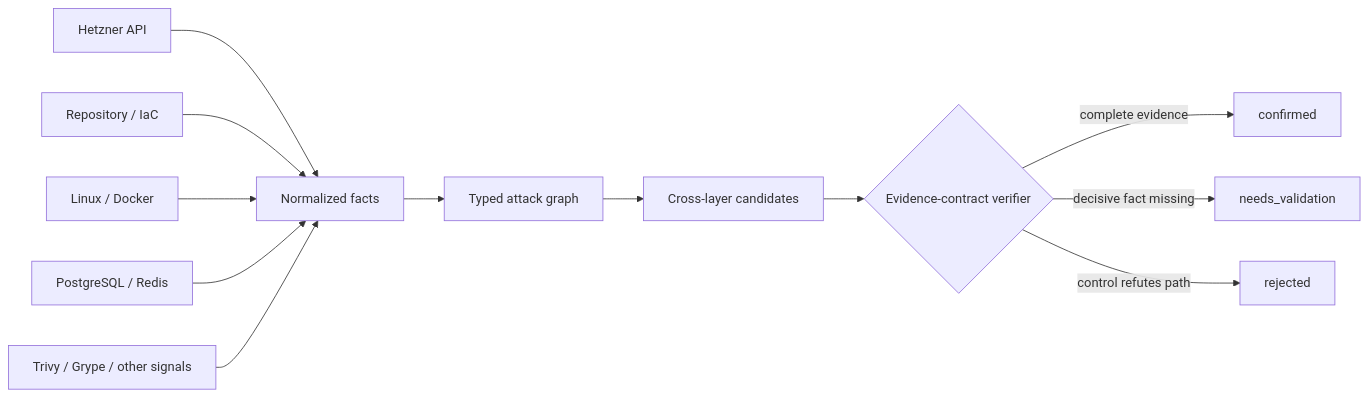
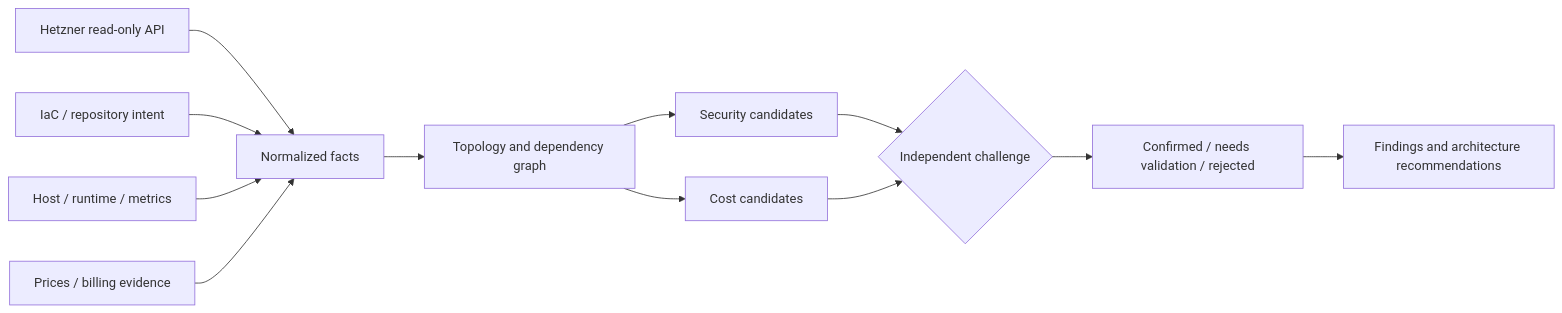
The diagram in README.md (jpolec/hetzner-cloud-audit-skills), drawn with Mermaid before and after one commit. The commit also changed other lines of this file and 33 other files, not shown here.

Commit message:
feat: rename project for security and cost audits

````diff
--- a/README.md
+++ b/README.md
@@ -23,14 +119,14 @@
 ```mermaid
 flowchart LR
-  H[Hetzner API] --> F[Normalized facts]
-  R[Repository / IaC] --> F
-  L[Linux / Docker] --> F
-  D[PostgreSQL / Redis] --> F
-  S[Trivy / Grype / other signals] --> F
-  F --> G[Typed attack graph]
-  G --> C[Cross-layer candidates]
-  C --> V{Evidence-contract verifier}
-  V -->|complete evidence| OK[confirmed]
-  V -->|decisive fact missing| NV[needs_validation]
-  V -->|control refutes path| NO[rejected]
+  H[Hetzner read-only API] --> F[Normalized facts]
+  R[IaC / repository intent] --> F
+  M[Host / runtime / metrics] --> F
+  P[Prices / billing evidence] --> F
+  F --> G[Topology and dependency graph]
+  G --> S[Security candidates]
+  G --> C[Cost candidates]
+  S --> V{Independent challenge}
+  C --> V
+  V --> A[Confirmed / needs validation / rejected]
+  A --> O[Findings and architecture recommendations]
 ```
````
